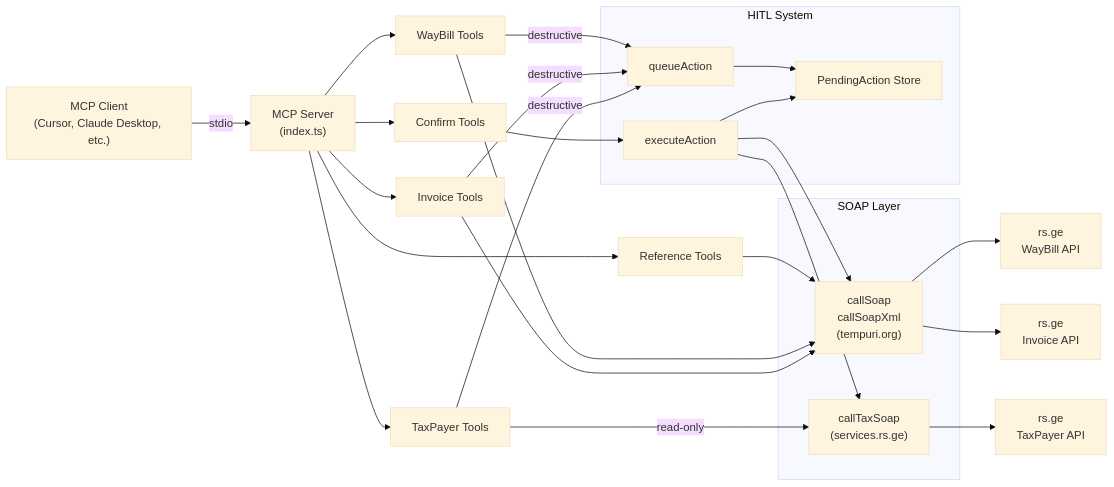
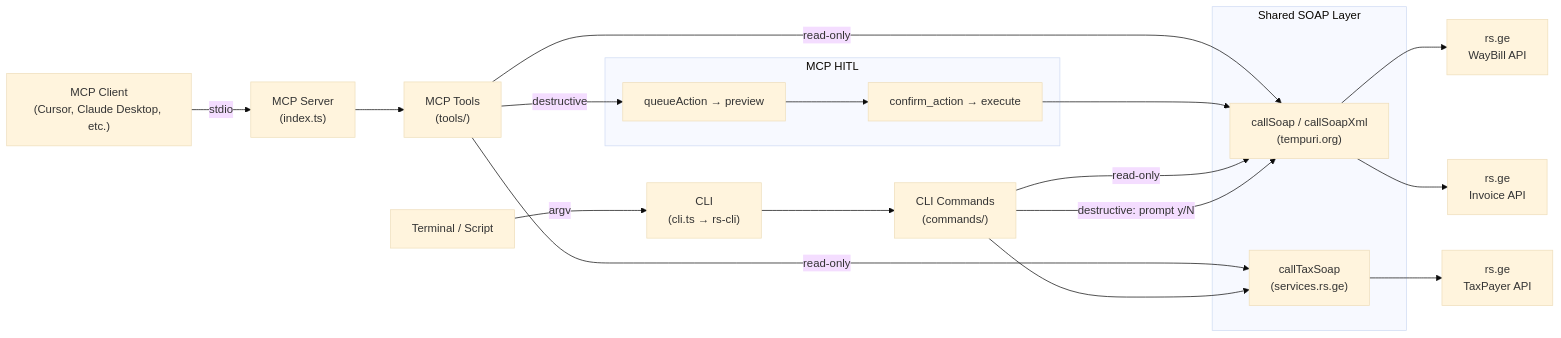
Before and after one commit to Parsa-29/rs-mcp: the first of 2 diagrams in README.md, drawn with Mermaid (base theme). The commit also changed other lines of this file, not shown here.

````diff
--- a/README.md
+++ b/README.md
@@ -168,40 +251,33 @@
 ```mermaid
 flowchart LR
     Client["MCP Client\n(Cursor, Claude Desktop, etc.)"] -->|stdio| McpServer["MCP Server\n(index.ts)"]
+    Terminal["Terminal / Script"] -->|argv| CLI["CLI\n(cli.ts → rs-cli)"]
 
-    McpServer --> RefTools["Reference Tools"]
-    McpServer --> WbTools["WayBill Tools"]
-    McpServer --> InvTools["Invoice Tools"]
-    McpServer --> TaxTools["TaxPayer Tools"]
-    McpServer --> ConfTools["Confirm Tools"]
+    McpServer --> Tools["MCP Tools\n(tools/)"]
+    CLI --> Commands["CLI Commands\n(commands/)"]
 
-    subgraph soap_layer [SOAP Layer]
-        SoapClient["callSoap\ncallSoapXml\n(tempuri.org)"]
+    subgraph soap_layer [Shared SOAP Layer]
+        SoapClient["callSoap / callSoapXml\n(tempuri.org)"]
         TaxClient["callTaxSoap\n(services.rs.ge)"]
     end
 
-    subgraph hitl [HITL System]
-        Queue["queueAction"]
-        Store["PendingAction Store"]
-        Execute["executeAction"]
+    subgraph hitl_mcp [MCP HITL]
+        Queue["queueAction → preview"]
+        Execute["confirm_action → execute"]
     end
 
-    RefTools --> SoapClient
-    WbTools --> SoapClient
-    InvTools --> SoapClient
+    Tools -->|read-only| SoapClient
+    Tools -->|destructive| Queue
+    Queue --> Execute
+    Execute --> SoapClient
 
-    WbTools -->|destructive| Queue
-    InvTools -->|destructive| Queue
-    TaxTools -->|destructive| Queue
-    TaxTools -->|read-only| TaxClient
+    Commands -->|read-only| SoapClient
+    Commands -->|destructive: prompt y/N| SoapClient
 
-    Queue --> Store
-    ConfTools --> Execute
-    Execute --> Store
-    Execute --> SoapClient
-    Execute --> TaxClient
+    Tools -->|read-only| TaxClient
+    Commands --> TaxClient
 
     SoapClient --> RS_WB["rs.ge\nWayBill API"]
     SoapClient --> RS_INV["rs.ge\nInvoice API"]
     TaxClient --> RS_TAX["rs.ge\nTaxPayer API"]
 ```
````
